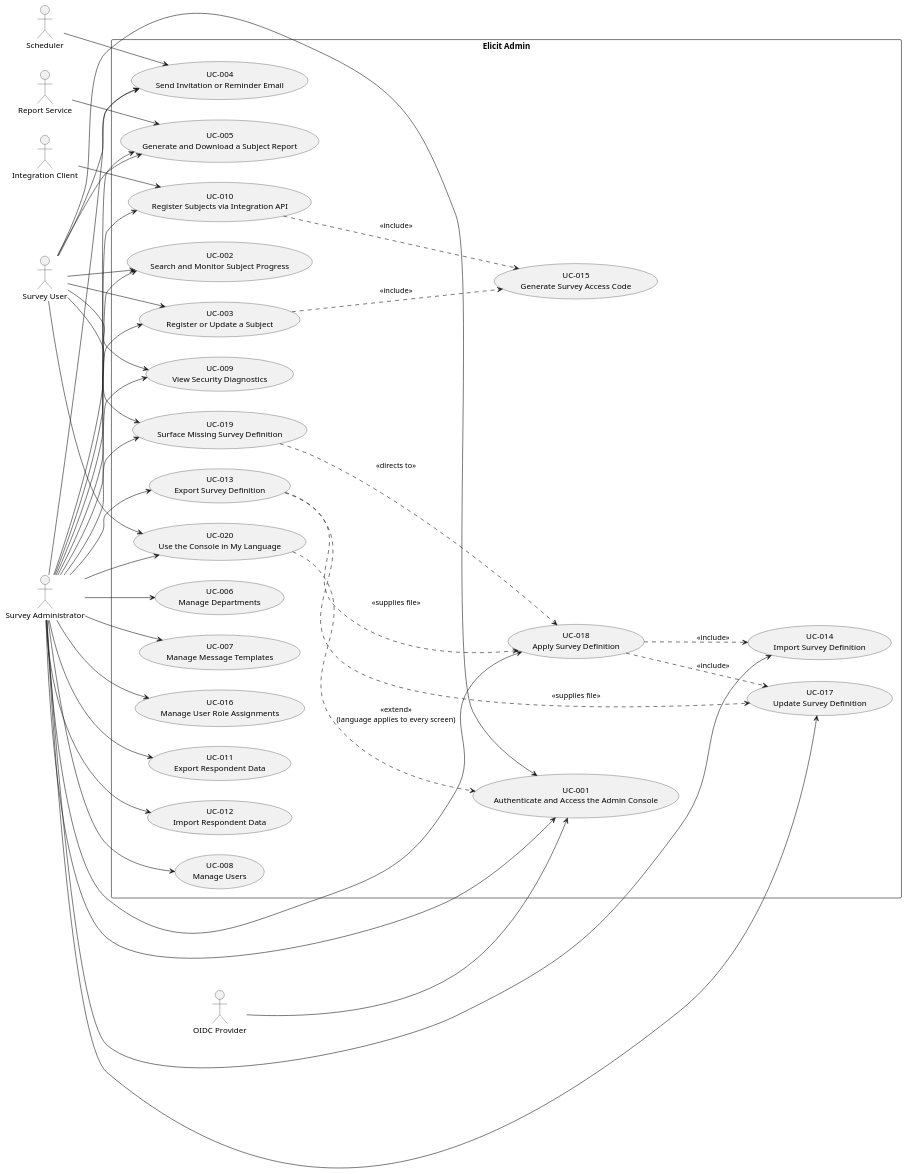
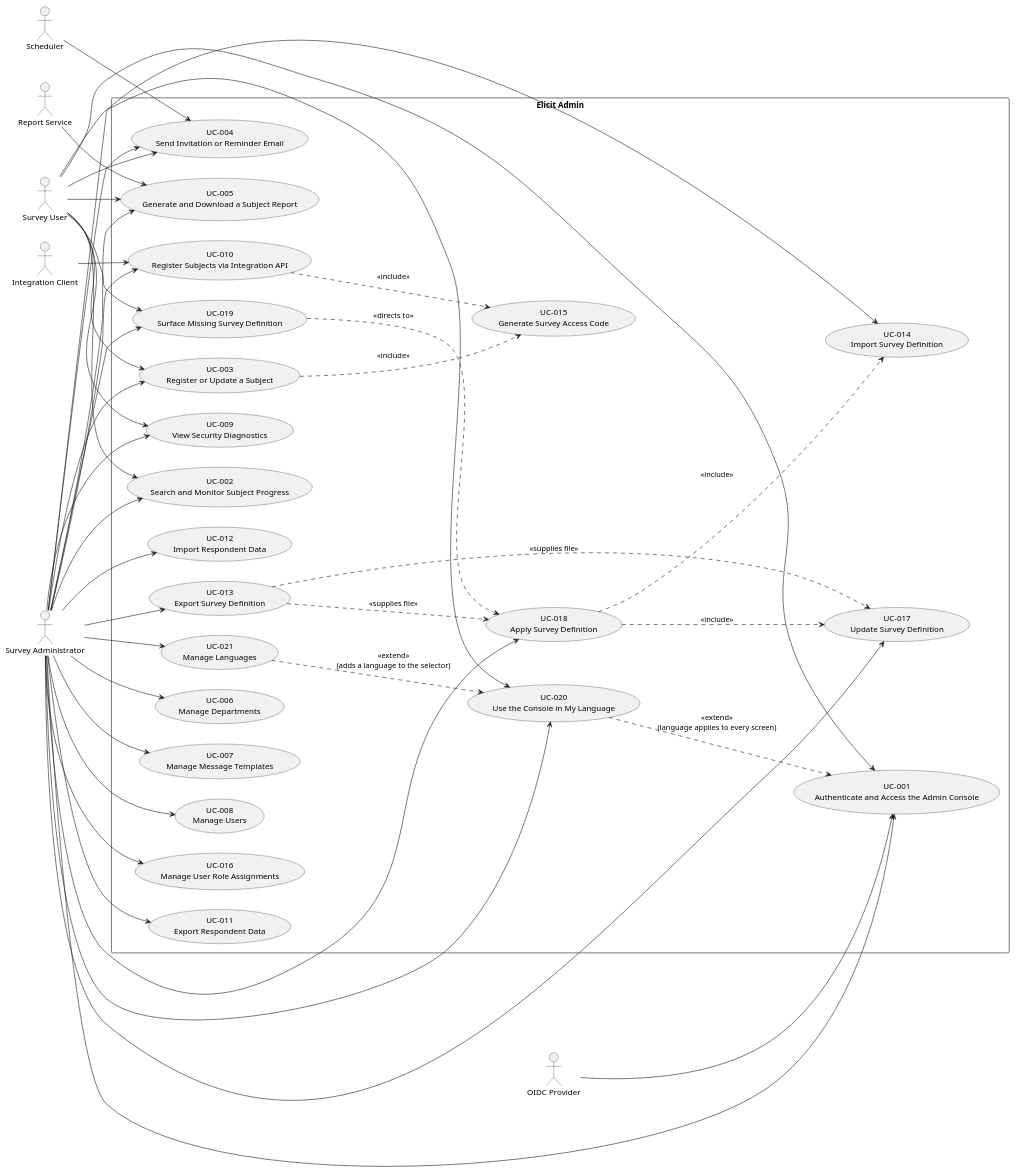
Before and after one commit to ElicitSoftware/Admin: the diagram in docs/use_cases.puml, drawn with PlantUML. The commit also changed 17 other files, not shown here.

```diff
--- a/docs/use_cases.puml
+++ b/docs/use_cases.puml
@@ -1,90 +1,93 @@
 @startuml Use Cases Overview
 left to right direction
 
 actor "Survey User" as user
 actor "Survey Administrator" as admin
 actor "Integration Client" as importer
 actor "OIDC Provider" as oidc
 actor "Scheduler" as scheduler
 actor "Report Service" as reportsvc
 
 rectangle "Elicit Admin" {
     ' --- Interactive console (user + admin) ---
     usecase "UC-001\nAuthenticate and Access the Admin Console" as UC001
     usecase "UC-002\nSearch and Monitor Subject Progress" as UC002
     usecase "UC-003\nRegister or Update a Subject" as UC003
     usecase "UC-004\nSend Invitation or Reminder Email" as UC004
     usecase "UC-005\nGenerate and Download a Subject Report" as UC005
     usecase "UC-009\nView Security Diagnostics" as UC009
 
     ' --- Administration (admin only) ---
     usecase "UC-006\nManage Departments" as UC006
     usecase "UC-007\nManage Message Templates" as UC007
     usecase "UC-008\nManage Users" as UC008
     usecase "UC-016\nManage User Role Assignments" as UC016
 
     ' --- Integration and data lifecycle ---
     usecase "UC-010\nRegister Subjects via Integration API" as UC010
     usecase "UC-011\nExport Respondent Data" as UC011
     usecase "UC-012\nImport Respondent Data" as UC012
     usecase "UC-013\nExport Survey Definition" as UC013
     usecase "UC-014\nImport Survey Definition" as UC014
     usecase "UC-017\nUpdate Survey Definition" as UC017
     usecase "UC-018\nApply Survey Definition" as UC018
     usecase "UC-019\nSurface Missing Survey Definition" as UC019
     usecase "UC-020\nUse the Console in My Language" as UC020
+    usecase "UC-021\nManage Languages" as UC021
 
     ' --- Shared subflow ---
     usecase "UC-015\nGenerate Survey Access Code" as UC015
 }
 
 ' Survey User
 user --> UC001
 user --> UC002
 user --> UC003
 user --> UC004
 user --> UC005
 user --> UC009
 user --> UC019
 user --> UC020
 
 ' Administrator (inherits user goals plus administration and data lifecycle)
 admin --> UC001
 admin --> UC002
 admin --> UC003
 admin --> UC004
 admin --> UC005
 admin --> UC006
 admin --> UC007
 admin --> UC008
 admin --> UC016
 admin --> UC009
 admin --> UC010
 admin --> UC011
 admin --> UC012
 admin --> UC013
 admin --> UC014
 admin --> UC017
 admin --> UC018
 admin --> UC019
 admin --> UC020
+admin --> UC021
 
 ' Integration Client
 importer --> UC010
 
 ' External systems
 oidc --> UC001
 scheduler --> UC004
 reportsvc --> UC005
 
 ' Shared subflows
 UC003 ..> UC015 : <<include>>
 UC010 ..> UC015 : <<include>>
 UC013 ..> UC017 : <<supplies file>>
 UC013 ..> UC018 : <<supplies file>>
 UC018 ..> UC014 : <<include>>
 UC018 ..> UC017 : <<include>>
 UC019 ..> UC018 : <<directs to>>
 UC020 ..> UC001 : <<extend>>\n(language applies to every screen)
+UC021 ..> UC020 : <<extend>>\n(adds a language to the selector)
 
 @enduml
```
